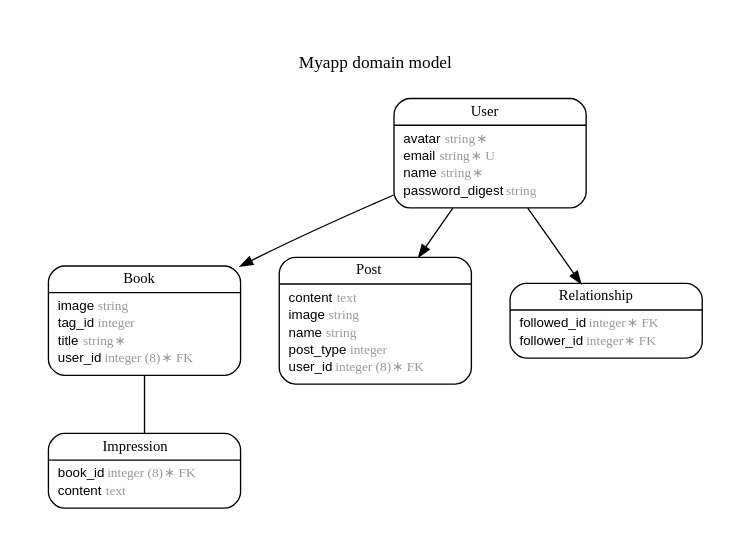
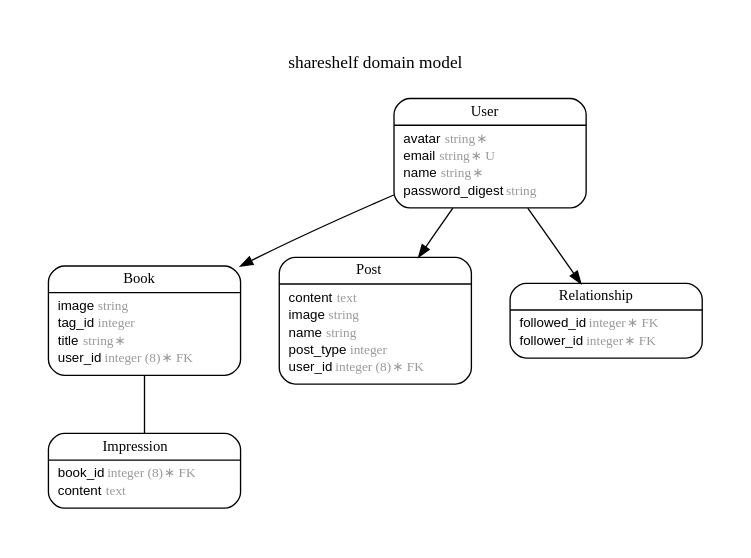
The diagram in erd.dot (AtsushiKoga13/share_shelf), drawn with Graphviz before and after one commit. The commit also changed 8 other files, not shown here.

```diff
--- a/erd.dot
+++ b/erd.dot
@@ -1,72 +1,72 @@
-digraph Myapp {
+digraph shareshelf {
 rankdir = "LR";
 ranksep = "0.5";
 nodesep = "0.4";
 pad = "0.4,0.4";
 margin = "0,0";
 concentrate = "true";
 labelloc = "t";
 fontsize = "13";
 fontname = "Arial Bold";
 splines = "spline";
 node[ shape  =  "Mrecord" , fontsize  =  "10" , fontname  =  "Arial" , margin  =  "0.07,0.05" , penwidth  =  "1.0"];
 edge[ fontname  =  "Arial" , fontsize  =  "7" , dir  =  "both" , arrowsize  =  "0.9" , penwidth  =  "1.0" , labelangle  =  "32" , labeldistance  =  "1.8"];
 rankdir = "TB";
-label = "Myapp domain model\n\n";
+label = "shareshelf domain model\n\n";
 m_Book [label = <{<table border="0" align="center" cellspacing="0.5" cellpadding="0" width="134">
   <tr><td align="center" valign="bottom" width="130"><font face="Arial Bold" point-size="11">Book</font></td></tr>
 </table>
 |
 <table border="0" align="left" cellspacing="2" cellpadding="0" width="134">
   <tr><td align="left" width="130" port="image">image <font face="Arial Italic" color="grey60">string</font></td></tr>
   <tr><td align="left" width="130" port="tag_id">tag_id <font face="Arial Italic" color="grey60">integer</font></td></tr>
   <tr><td align="left" width="130" port="title">title <font face="Arial Italic" color="grey60">string ∗</font></td></tr>
   <tr><td align="left" width="130" port="user_id">user_id <font face="Arial Italic" color="grey60">integer (8) ∗ FK</font></td></tr>
 </table>
 }>];
 m_Impression [label = <{<table border="0" align="center" cellspacing="0.5" cellpadding="0" width="134">
   <tr><td align="center" valign="bottom" width="130"><font face="Arial Bold" point-size="11">Impression</font></td></tr>
 </table>
 |
 <table border="0" align="left" cellspacing="2" cellpadding="0" width="134">
   <tr><td align="left" width="130" port="book_id">book_id <font face="Arial Italic" color="grey60">integer (8) ∗ FK</font></td></tr>
   <tr><td align="left" width="130" port="content">content <font face="Arial Italic" color="grey60">text</font></td></tr>
 </table>
 }>];
 m_Post [label = <{<table border="0" align="center" cellspacing="0.5" cellpadding="0" width="134">
   <tr><td align="center" valign="bottom" width="130"><font face="Arial Bold" point-size="11">Post</font></td></tr>
 </table>
 |
 <table border="0" align="left" cellspacing="2" cellpadding="0" width="134">
   <tr><td align="left" width="130" port="content">content <font face="Arial Italic" color="grey60">text</font></td></tr>
   <tr><td align="left" width="130" port="image">image <font face="Arial Italic" color="grey60">string</font></td></tr>
   <tr><td align="left" width="130" port="name">name <font face="Arial Italic" color="grey60">string</font></td></tr>
   <tr><td align="left" width="130" port="post_type">post_type <font face="Arial Italic" color="grey60">integer</font></td></tr>
   <tr><td align="left" width="130" port="user_id">user_id <font face="Arial Italic" color="grey60">integer (8) ∗ FK</font></td></tr>
 </table>
 }>];
 m_Relationship [label = <{<table border="0" align="center" cellspacing="0.5" cellpadding="0" width="134">
   <tr><td align="center" valign="bottom" width="130"><font face="Arial Bold" point-size="11">Relationship</font></td></tr>
 </table>
 |
 <table border="0" align="left" cellspacing="2" cellpadding="0" width="134">
   <tr><td align="left" width="130" port="followed_id">followed_id <font face="Arial Italic" color="grey60">integer ∗ FK</font></td></tr>
   <tr><td align="left" width="130" port="follower_id">follower_id <font face="Arial Italic" color="grey60">integer ∗ FK</font></td></tr>
 </table>
 }>];
 m_User [label = <{<table border="0" align="center" cellspacing="0.5" cellpadding="0" width="134">
   <tr><td align="center" valign="bottom" width="130"><font face="Arial Bold" point-size="11">User</font></td></tr>
 </table>
 |
 <table border="0" align="left" cellspacing="2" cellpadding="0" width="134">
   <tr><td align="left" width="130" port="avatar">avatar <font face="Arial Italic" color="grey60">string ∗</font></td></tr>
   <tr><td align="left" width="130" port="email">email <font face="Arial Italic" color="grey60">string ∗ U</font></td></tr>
   <tr><td align="left" width="130" port="name">name <font face="Arial Italic" color="grey60">string ∗</font></td></tr>
   <tr><td align="left" width="130" port="password_digest">password_digest <font face="Arial Italic" color="grey60">string</font></td></tr>
 </table>
 }>];
   m_User -> m_Book [arrowhead = "normal", arrowtail = "none", weight = "2"];
   m_Book -> m_Impression [arrowhead = "none", arrowtail = "none", weight = "2"];
   m_User -> m_Post [arrowhead = "normal", arrowtail = "none", weight = "2"];
   m_User -> m_Relationship [arrowhead = "normal", arrowtail = "none", weight = "4"];
 }
```
